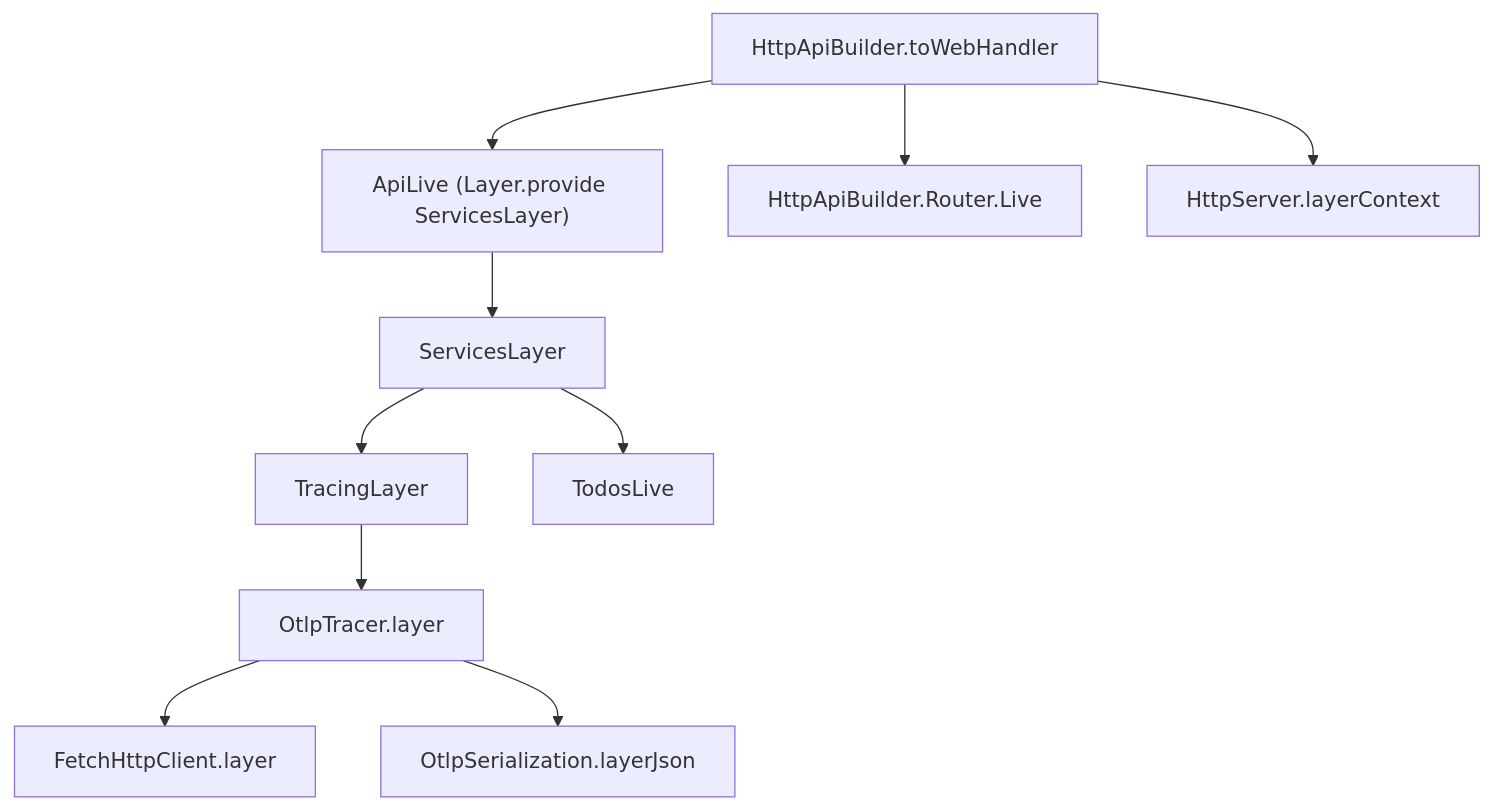
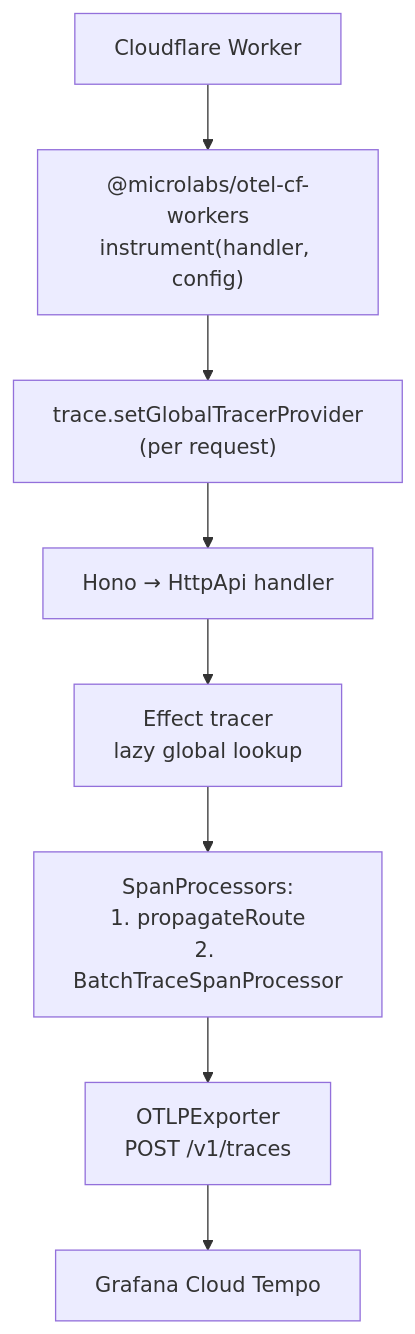
Before and after one commit to Darna-Digital/darna-stack: the diagram in apps/docs/content/docs/tracing.mdx, drawn with Mermaid. The commit also changed other lines of this file and 9 other files, not shown here.

Commit message:
add local-dev and web-client docs, update homepage and meta.json for new documentation sections

````diff
--- a/apps/docs/content/docs/tracing.mdx
+++ b/apps/docs/content/docs/tracing.mdx
@@ -24,23 +16,19 @@
 ```mermaid
 flowchart TD
-  toWeb["HttpApiBuilder.toWebHandler"]
-  Api["ApiLive (Layer.provide ServicesLayer)"]
-  Router["HttpApiBuilder.Router.Live"]
-  HttpCtx["HttpServer.layerContext"]
-  Services["ServicesLayer"]
-  Tracing["TracingLayer"]
-  Todos["TodosLive"]
-  Otlp["OtlpTracer.layer"]
-  Fetch["FetchHttpClient.layer"]
-  Json["OtlpSerialization.layerJson"]
+  CF["Cloudflare Worker"]
+  Instr["@microlabs/otel-cf-workers<br/>instrument(handler, config)"]
+  Trace["trace.setGlobalTracerProvider<br/>(per request)"]
+  Eff["Effect tracer<br/>lazy global lookup"]
+  Hono["Hono → HttpApi handler"]
+  Procs["SpanProcessors:<br/>1. propagateRoute<br/>2. BatchTraceSpanProcessor"]
+  Otlp["OTLPExporter<br/>POST /v1/traces"]
+  Tempo["Grafana Cloud Tempo"]
 
-  toWeb --> Api
-  toWeb --> Router
-  toWeb --> HttpCtx
-  Api --> Services
-  Services --> Tracing
-  Services --> Todos
-  Tracing --> Otlp
-  Otlp --> Fetch
-  Otlp --> Json
+  CF --> Instr
+  Instr --> Trace
+  Trace --> Hono
+  Hono --> Eff
+  Eff --> Procs
+  Procs --> Otlp
+  Otlp --> Tempo
 ```
````
